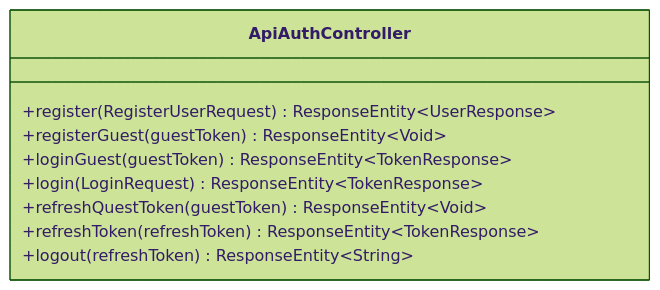
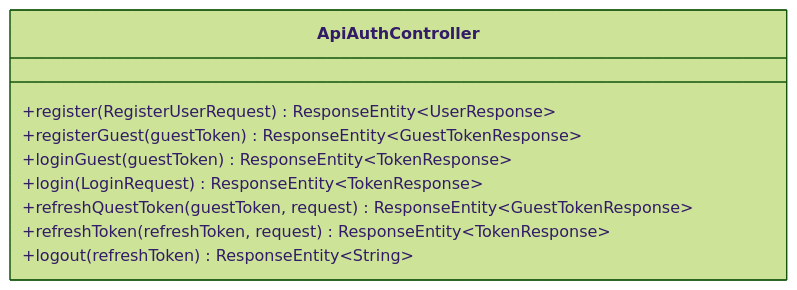
The first of 3 diagrams in backend/docs/specs/auth-spec.md (ximofam/web_game_chess_online), drawn with Mermaid (forest theme) before and after one commit. The commit also changed other lines of this file and 4 other files, not shown here.

First line of the commit message:
feat(auth): return GuestTokenResponse and support token fallback from request body

````diff
--- a/backend/docs/specs/auth-spec.md
+++ b/backend/docs/specs/auth-spec.md
@@ -55,12 +55,12 @@
 ```mermaid
 classDiagram
     class ApiAuthController {
         +register(RegisterUserRequest) ResponseEntity~UserResponse~
-        +registerGuest(guestToken) ResponseEntity~Void~
+        +registerGuest(guestToken) ResponseEntity~GuestTokenResponse~
         +loginGuest(guestToken) ResponseEntity~TokenResponse~
         +login(LoginRequest) ResponseEntity~TokenResponse~
-        +refreshQuestToken(guestToken) ResponseEntity~Void~
-        +refreshToken(refreshToken) ResponseEntity~TokenResponse~
+        +refreshQuestToken(guestToken, request) ResponseEntity~GuestTokenResponse~
+        +refreshToken(refreshToken, request) ResponseEntity~TokenResponse~
         +logout(refreshToken) ResponseEntity~String~
     }
 ```
````
